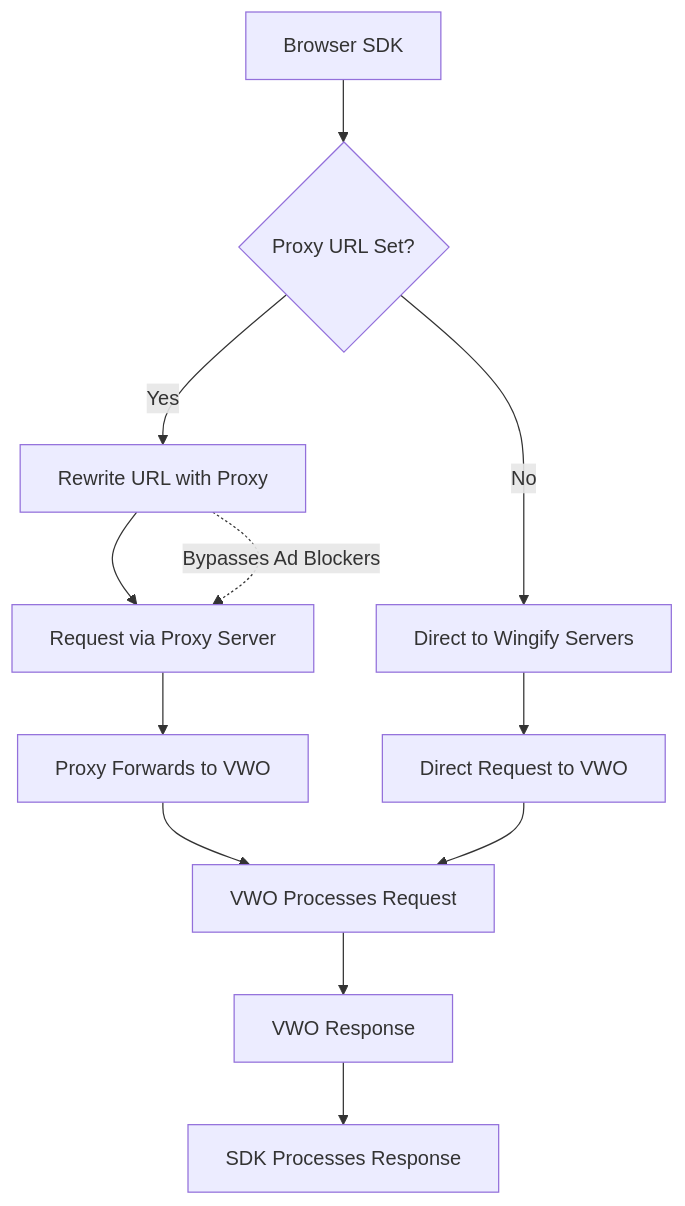
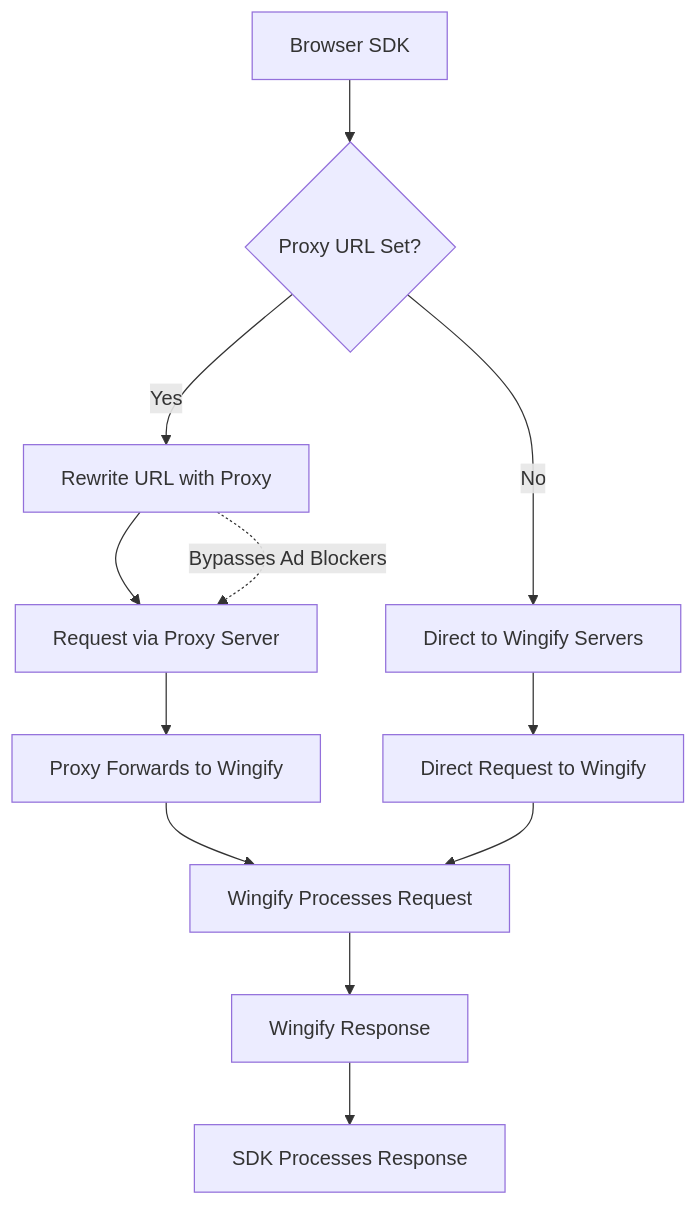
Before and after one commit to wingify/readme-central: the diagram in docs/SDK Reference/javascript-sdk-reference/proxy-url-prevent-ad-blockers.md, drawn with Mermaid. The commit also changed other lines of this file and 141 other files, not shown here.

Commit message:
Copy changes from VWO to Wingify

````diff
--- a/docs/SDK Reference/javascript-sdk-reference/proxy-url-prevent-ad-blockers.md
+++ b/docs/SDK Reference/javascript-sdk-reference/proxy-url-prevent-ad-blockers.md
@@ -37,18 +37,18 @@
 ```mermaid
 flowchart TD
     A["Browser SDK"] --> B{"Proxy URL Set?"}
     B -- Yes --> C["Rewrite URL with Proxy"]
     B -- No --> D["Direct to Wingify Servers"]
     C --> E["Request via Proxy Server"]
-    E --> G["Proxy Forwards to VWO"]
-    D --> F["Direct Request to VWO"]
-    G --> H["VWO Processes Request"]
+    E --> G["Proxy Forwards to Wingify"]
+    D --> F["Direct Request to Wingify"]
+    G --> H["Wingify Processes Request"]
     F --> H
-    H --> I["VWO Response"]
+    H --> I["Wingify Response"]
     I --> J["SDK Processes Response"]
     C -. Bypasses Ad Blockers .-> E
 
 
 
 
 ```
````
